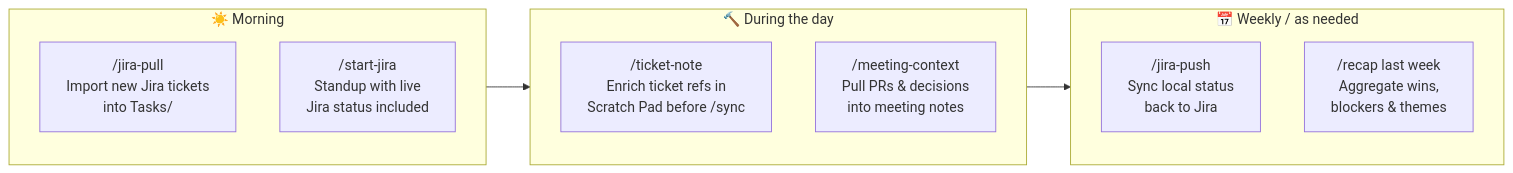
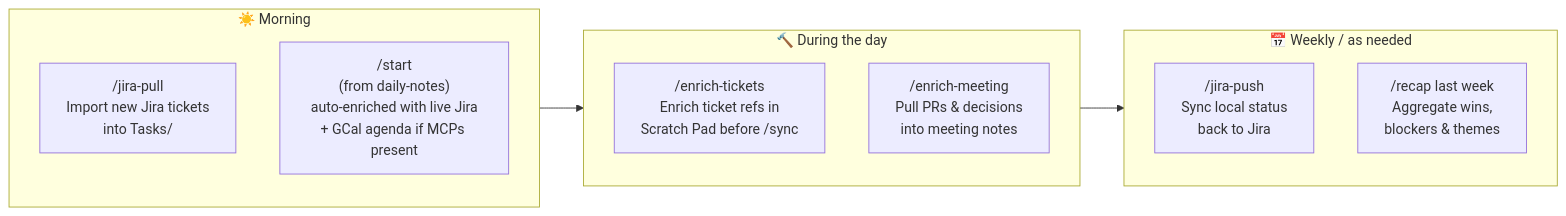
The second of 2 diagrams in plugins/productivity/notes-integrations/README.md (GhaidaAlAtoum/plugin-playground), drawn with Mermaid before and after one commit. The commit also changed other lines of this file and 17 other files, not shown here.

````diff
--- a/plugins/productivity/notes-integrations/README.md
+++ b/plugins/productivity/notes-integrations/README.md
@@ -45,19 +45,19 @@
 ```mermaid
 flowchart LR
     subgraph morning["☀️ Morning"]
         jp["/jira-pull\nImport new Jira tickets\ninto Tasks/"]
-        sj["/start-jira\nStandup with live\nJira status included"]
+        sj["/start\n(from daily-notes)\nauto-enriched with live Jira\n+ GCal agenda if MCPs present"]
     end
 
     subgraph day["🔨 During the day"]
-        tn["/ticket-note\nEnrich ticket refs in\nScratch Pad before /sync"]
-        mc["/meeting-context\nPull PRs & decisions\ninto meeting notes"]
+        tn["/enrich-tickets\nEnrich ticket refs in\nScratch Pad before /sync"]
+        mc["/enrich-meeting\nPull PRs & decisions\ninto meeting notes"]
     end
 
     subgraph weekly["📅 Weekly / as needed"]
         jpush["/jira-push\nSync local status\nback to Jira"]
         recap["/recap last week\nAggregate wins,\nblockers & themes"]
     end
 
     morning --> day --> weekly
 ```
````
